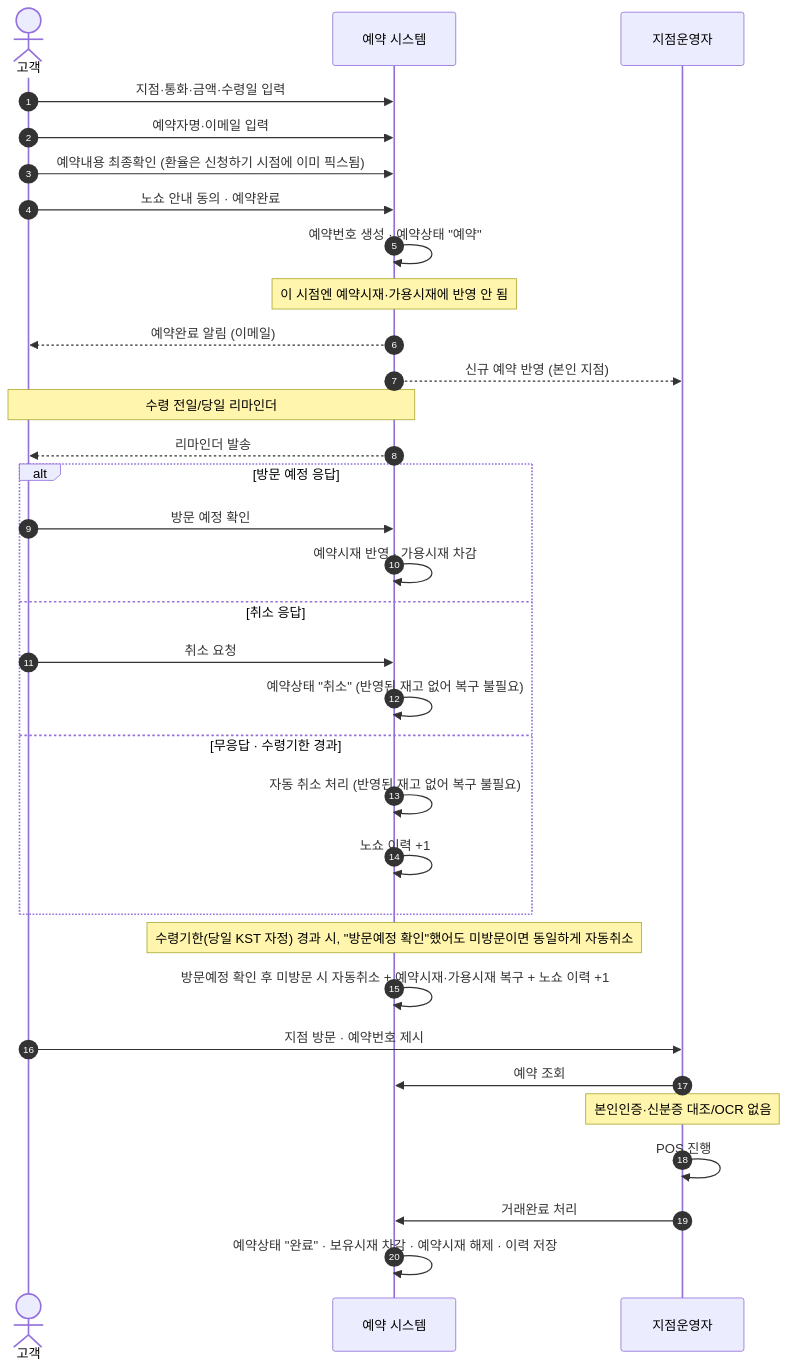
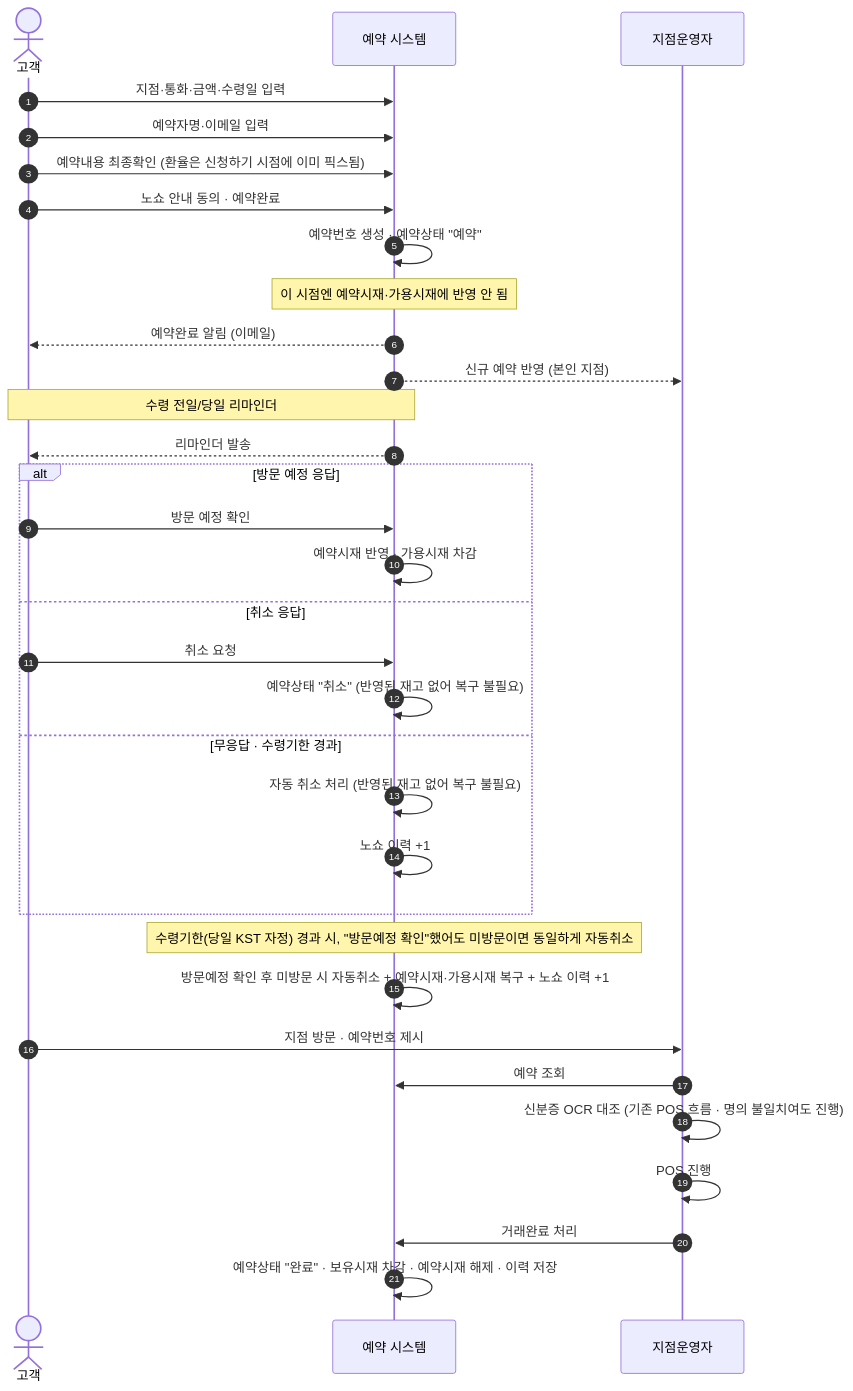
Before and after one commit to ahyeonine/moneybox_fw01: the diagram in docs-plan/예약_시퀀스다이어그램.mermaid, drawn with Mermaid. The commit also changed 16 other files, not shown here.

First line of the commit message:
fix: POS 신분증 대조(OCR) 복원 — 기존 POS 거래 플로우의 일부

```diff
--- a/docs-plan/예약_시퀀스다이어그램.mermaid
+++ b/docs-plan/예약_시퀀스다이어그램.mermaid
@@ -1,40 +1,40 @@
 sequenceDiagram
 autonumber
 actor U as 고객
 participant App as 예약 시스템
 participant Branch as 지점운영자
 
 U->>App: 지점·통화·금액·수령일 입력
 U->>App: 예약자명·이메일 입력
 U->>App: 예약내용 최종확인 (환율은 신청하기 시점에 이미 픽스됨)
 U->>App: 노쇼 안내 동의 · 예약완료
 
 App->>App: 예약번호 생성 · 예약상태 "예약"
 Note over App: 이 시점엔 예약시재·가용시재에 반영 안 됨
 App-->>U: 예약완료 알림 (이메일)
 App-->>Branch: 신규 예약 반영 (본인 지점)
 
 Note over App,U: 수령 전일/당일 리마인더
 App-->>U: 리마인더 발송
 
 alt 방문 예정 응답
     U->>App: 방문 예정 확인
     App->>App: 예약시재 반영 · 가용시재 차감
 else 취소 응답
     U->>App: 취소 요청
     App->>App: 예약상태 "취소" (반영된 재고 없어 복구 불필요)
 else 무응답 · 수령기한 경과
     App->>App: 자동 취소 처리 (반영된 재고 없어 복구 불필요)
     App->>App: 노쇼 이력 +1
 end
 
 Note over App: 수령기한(당일 KST 자정) 경과 시, "방문예정 확인"했어도 미방문이면 동일하게 자동취소
 App->>App: 방문예정 확인 후 미방문 시 자동취소 + 예약시재·가용시재 복구 + 노쇼 이력 +1
 
 U->>Branch: 지점 방문 · 예약번호 제시
 Branch->>App: 예약 조회
-Note over Branch: 본인인증·신분증 대조/OCR 없음
+Branch->>Branch: 신분증 OCR 대조 (기존 POS 흐름 · 명의 불일치여도 진행)
 Branch->>Branch: POS 진행
 Branch->>App: 거래완료 처리
 
 App->>App: 예약상태 "완료" · 보유시재 차감 · 예약시재 해제 · 이력 저장
```
